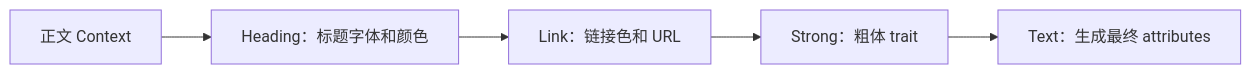
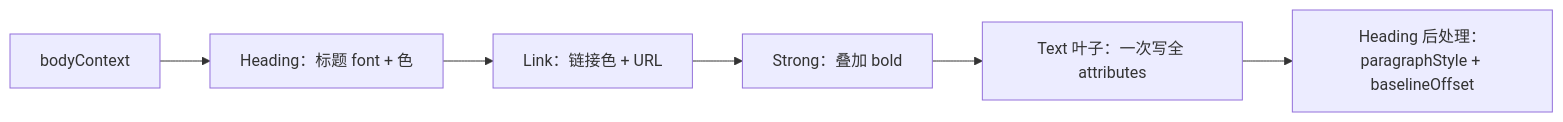
One commit to iAmMccc/InkMarkdown changed the seventh of 10 diagrams in docs/learning-path/04-inkmarkdown-render-pipeline.md. Above: the diagram before and after it, drawn with Mermaid. The commit also changed other lines of this file and 13 other files, not shown here.

````diff
--- a/docs/learning-path/04-inkmarkdown-render-pipeline.md
+++ b/docs/learning-path/04-inkmarkdown-render-pipeline.md
@@ -184,7 +489,8 @@
 ```mermaid
 flowchart LR
-  A["正文 Context"] --> B["Heading：标题字体和颜色"]
-  B --> C["Link：链接色和 URL"]
-  C --> D["Strong：粗体 trait"]
-  D --> E["Text：生成最终 attributes"]
+  A["bodyContext"] --> B["Heading：标题 font + 色"]
+  B --> C["Link：链接色 + URL"]
+  C --> D["Strong：叠加 bold"]
+  D --> E["Text 叶子：一次写全 attributes"]
+  E --> F["Heading 后处理：paragraphStyle + baselineOffset"]
 ```
````
